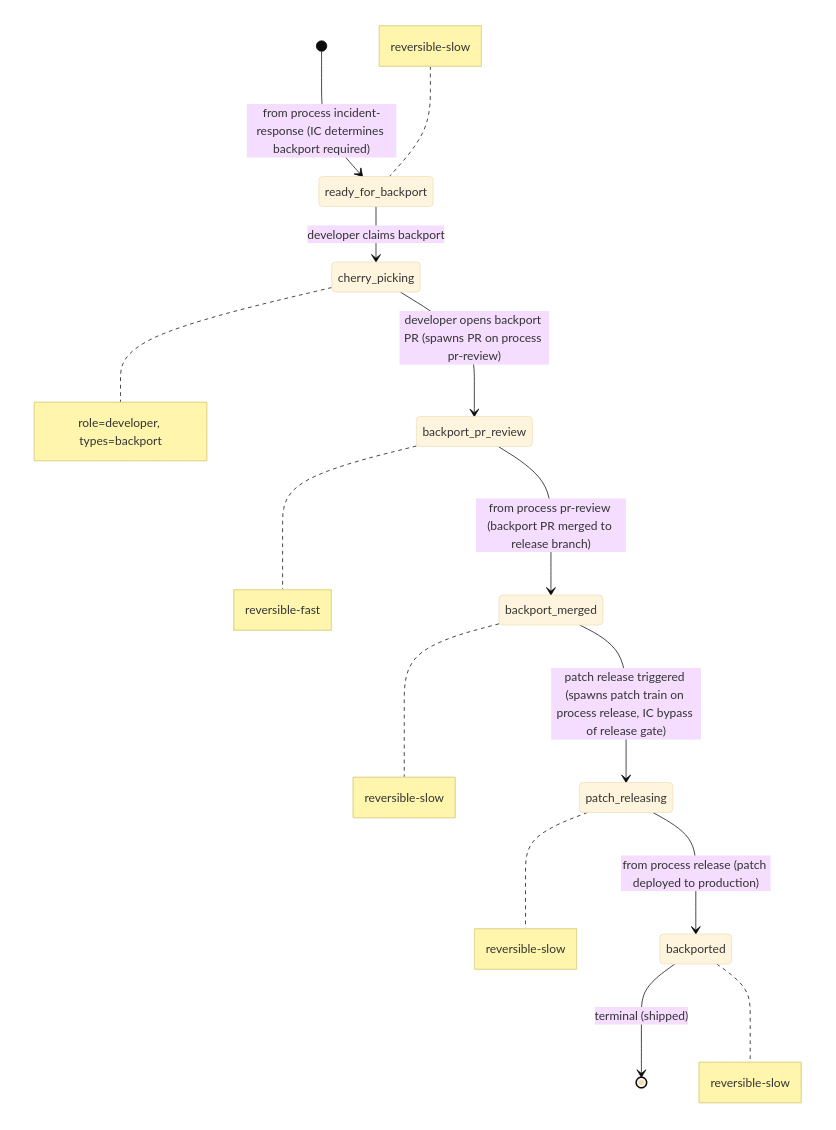
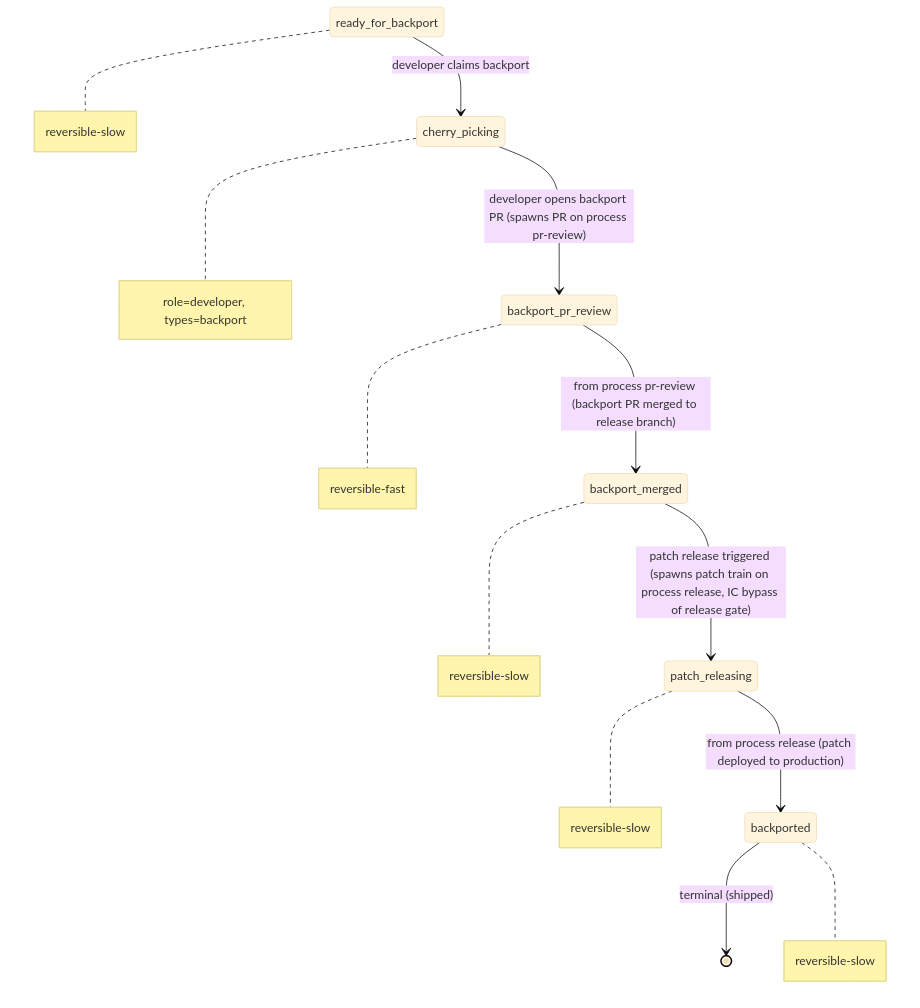
One commit to blemees/blemees-workflow changed the diagram in examples/workflows/backport.md. Above: the diagram before and after it, drawn with Mermaid (base theme). The commit also changed other lines of this file and 47 other files, not shown here.

````diff
--- a/examples/workflows/backport.md
+++ b/examples/workflows/backport.md
@@ -11,21 +11,16 @@
 ```mermaid
 stateDiagram-v2
-    %% Cross-process interfaces:
-    %%   Entry (spawn ): ready_for_backport from process incident-response
-    %%
-
-    [*] --> ready_for_backport: from process incident-response (IC determines backport required)
     ready_for_backport --> cherry_picking: developer claims backport
     cherry_picking --> backport_pr_review: developer opens backport PR (spawns PR on process pr-review)
     backport_pr_review --> backport_merged: from process pr-review (backport PR merged to release branch)
     backport_merged --> patch_releasing: patch release triggered (spawns patch train on process release, IC bypass of release gate)
     patch_releasing --> backported: from process release (patch deployed to production)
     backported --> [*]: terminal (shipped)
 
-    note left of ready_for_backport: reversible-slow
+    note right of ready_for_backport: reversible-slow
     note right of cherry_picking: role=developer, types=backport
     note right of backport_pr_review: reversible-fast
     note right of backport_merged: reversible-slow
     note right of patch_releasing: reversible-slow
     note right of backported: reversible-slow
 ```
````
